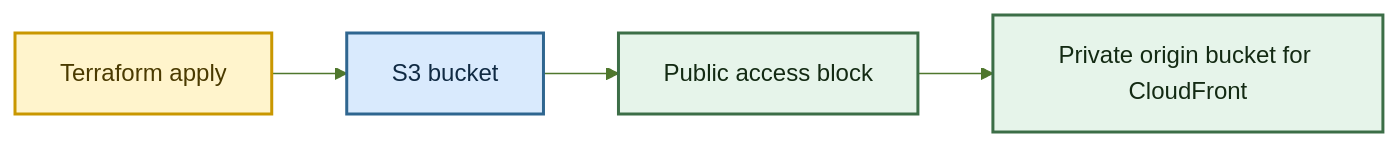
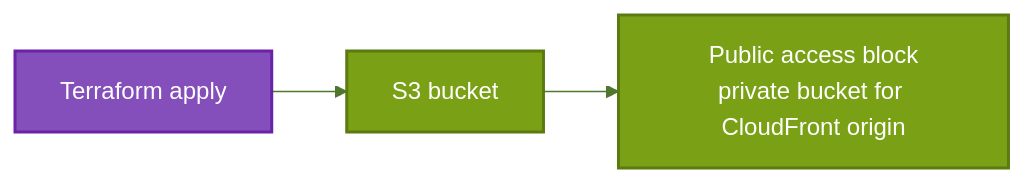
Before and after one commit to reiganarmstrong/check-split-mono: the diagram in infra/modules/static-website-hosting/s3-website/README.md, drawn with Mermaid. The commit also changed 9 other files, not shown here.

First line of the commit message:
docs(readme): align architecture diagrams and hosting docs

````diff
--- a/infra/modules/static-website-hosting/s3-website/README.md
+++ b/infra/modules/static-website-hosting/s3-website/README.md
@@ -14,25 +14,22 @@
 ```mermaid
 ---
 config:
   theme: base
   themeVariables:
     primaryColor: "#E6F4EA"
     primaryTextColor: "#132A13"
     primaryBorderColor: "#3C6E47"
     lineColor: "#4F772D"
     secondaryColor: "#D9EAFD"
     tertiaryColor: "#FFF4CC"
 ---
 flowchart LR
   A["Terraform apply"] --> B["S3 bucket"]
-  B --> C["Public access block"]
-  C --> D["Private origin bucket for CloudFront"]
+  B --> C["Public access block<br/>private bucket for CloudFront origin"]
 
-  classDef start fill:#FFF4CC,stroke:#C99700,color:#4A3A00,stroke-width:2px;
-  classDef bucket fill:#D9EAFD,stroke:#2F6690,color:#102A43,stroke-width:2px;
-  classDef secure fill:#E6F4EA,stroke:#3C6E47,color:#132A13,stroke-width:2px;
+  classDef terraform fill:#844FBA,stroke:#6B21A8,color:#FFFFFF,stroke-width:2px;
+  classDef s3 fill:#7AA116,stroke:#5B7A10,color:#FFFFFF,stroke-width:2px;
 
-  class A start;
-  class B bucket;
-  class C,D secure;
+  class A terraform;
+  class B,C s3;
 ```
````
